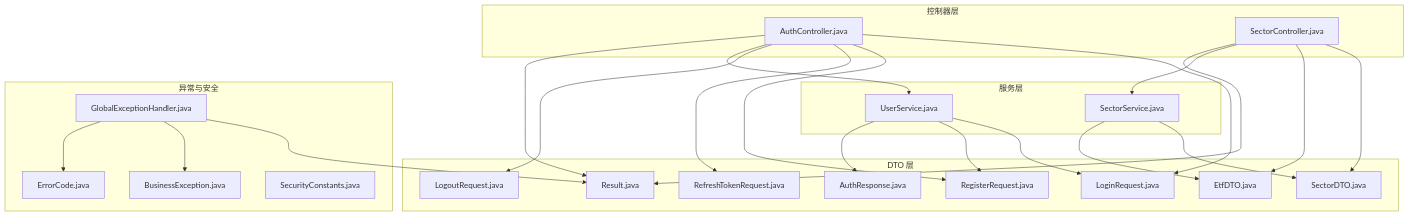
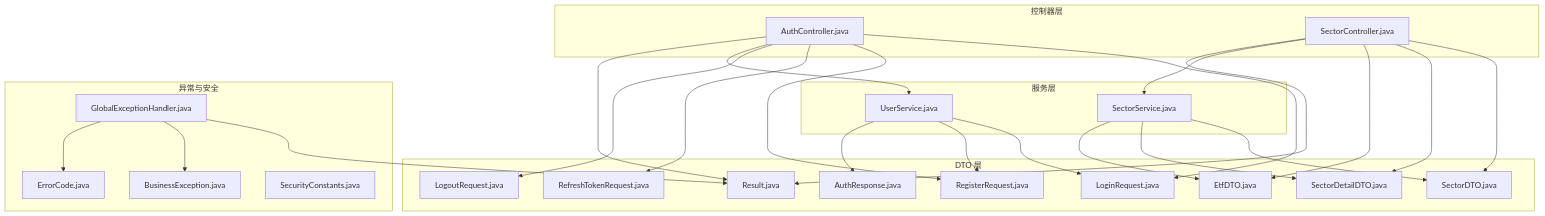
Before and after one commit to PersonNoName/FreeTrader: the first of 6 diagrams in .qoder/repowiki/zh/content/后端系统/数据传输对象与验证.md, drawn with Mermaid. The commit also changed other lines of this file and 10 other files, not shown here.

````diff
--- a/.qoder/repowiki/zh/content/后端系统/数据传输对象与验证.md
+++ b/.qoder/repowiki/zh/content/后端系统/数据传输对象与验证.md
@@ -47,45 +55,48 @@
 ```mermaid
 graph TB
 subgraph "DTO 层"
 LR["LoginRequest.java"]
 RR["RegisterRequest.java"]
 AR["AuthResponse.java"]
 SR["SectorDTO.java"]
+SDR["SectorDetailDTO.java"]
 ER["EtfDTO.java"]
 RO["LogoutRequest.java"]
 RFR["RefreshTokenRequest.java"]
 RES["Result.java"]
 end
 subgraph "控制器层"
 AC["AuthController.java"]
 SC["SectorController.java"]
 end
 subgraph "服务层"
 US["UserService.java"]
 SS["SectorService.java"]
 end
 subgraph "异常与安全"
 GEH["GlobalExceptionHandler.java"]
 BE["BusinessException.java"]
 EC["ErrorCode.java"]
 SEC["SecurityConstants.java"]
 end
 AC --> LR
 AC --> RR
 AC --> RFR
 AC --> RO
 AC --> US
 AC --> RES
 SC --> SR
+SC --> SDR
 SC --> ER
 SC --> SS
 SC --> RES
 US --> LR
 US --> RR
 US --> AR
 SS --> SR
+SS --> SDR
 SS --> ER
 GEH --> RES
 GEH --> BE
 GEH --> EC
 ```
````
